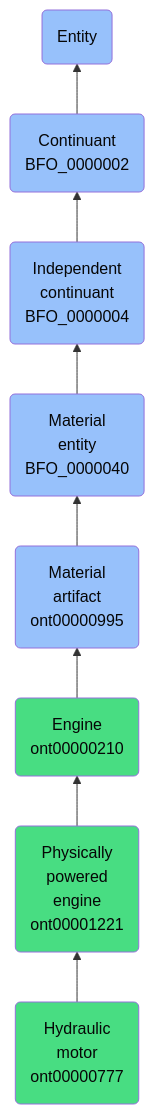
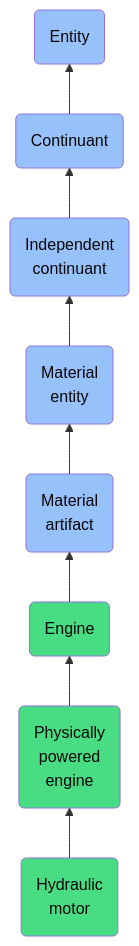
One commit to jupyter-naas/abi changed the diagram in docs/ontology/reference/model/Entity/Continuant/Independent continuant/Material entity/Material artifact/Engine/Physically powered engine/Hydraulic motor/Hydraulic motor.md. Above: the diagram before and after it, drawn with Mermaid. The commit also changed other lines of this file and 1430 other files, not shown here.

````diff
--- a/docs/ontology/reference/model/Entity/Continuant/Independent continuant/Material entity/Material artifact/Engine/Physically powered engine/Hydraulic motor/Hydraulic motor.md
+++ b/docs/ontology/reference/model/Entity/Continuant/Independent continuant/Material entity/Material artifact/Engine/Physically powered engine/Hydraulic motor/Hydraulic motor.md
@@ -24,15 +24,15 @@
 ```mermaid
 graph BT
-    ont00000777(Hydraulic<br>motor<br>ont00000777):::ABI-->ont00001221
-    ont00001221(Physically<br>powered<br>engine<br>ont00001221):::ABI-->ont00000210
-    ont00000210(Engine<br>ont00000210):::ABI-->ont00000995
-    ont00000995(Material<br>artifact<br>ont00000995):::BFO-->BFO_0000040
-    BFO_0000040(Material<br>entity<br>BFO_0000040):::BFO-->BFO_0000004
-    BFO_0000004(Independent<br>continuant<br>BFO_0000004):::BFO-->BFO_0000002
-    BFO_0000002(Continuant<br>BFO_0000002):::BFO-->BFO_0000001
+    ont00000777(Hydraulic<br>motor):::ABI-->ont00001221
+    ont00001221(Physically<br>powered<br>engine):::ABI-->ont00000210
+    ont00000210(Engine):::ABI-->ont00000995
+    ont00000995(Material<br>artifact):::BFO-->BFO_0000040
+    BFO_0000040(Material<br>entity):::BFO-->BFO_0000004
+    BFO_0000004(Independent<br>continuant):::BFO-->BFO_0000002
+    BFO_0000002(Continuant):::BFO-->BFO_0000001
     BFO_0000001(Entity):::BFO
     
     classDef BFO fill:#97c1fb,color:#060606
     classDef CCO fill:#e4c51e,color:#060606
     classDef ABI fill:#48DD82,color:#060606
 ```
````
